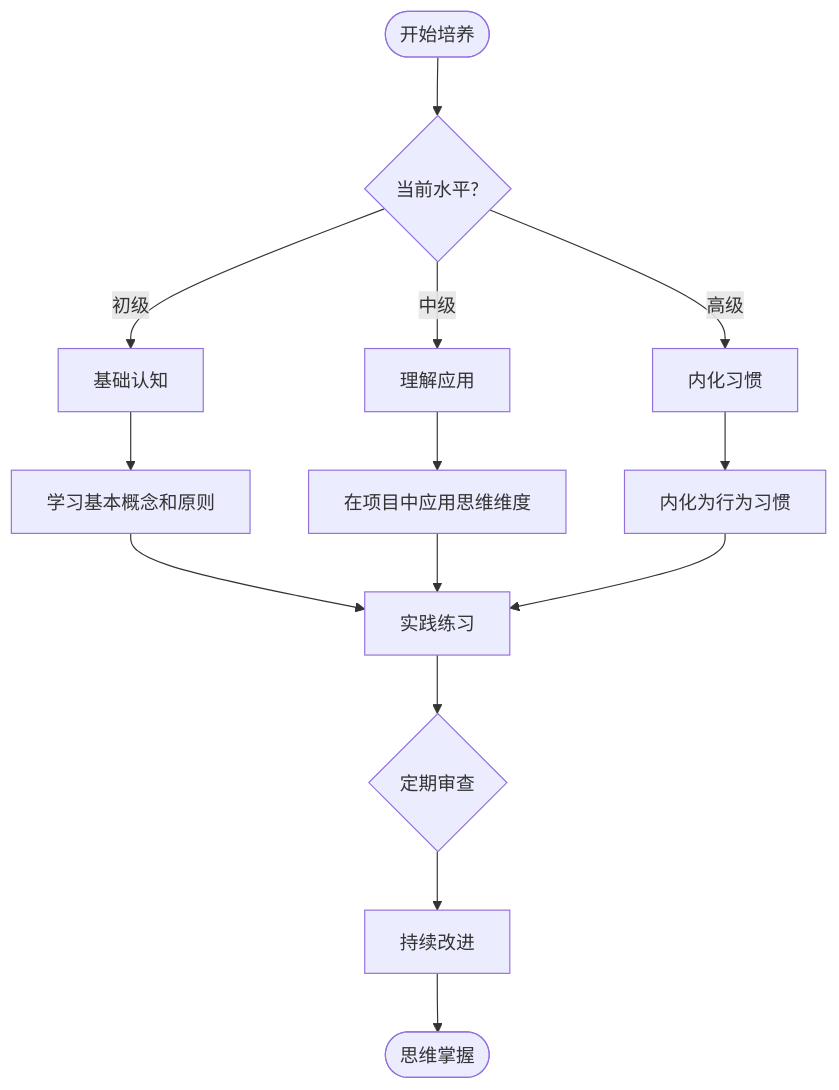
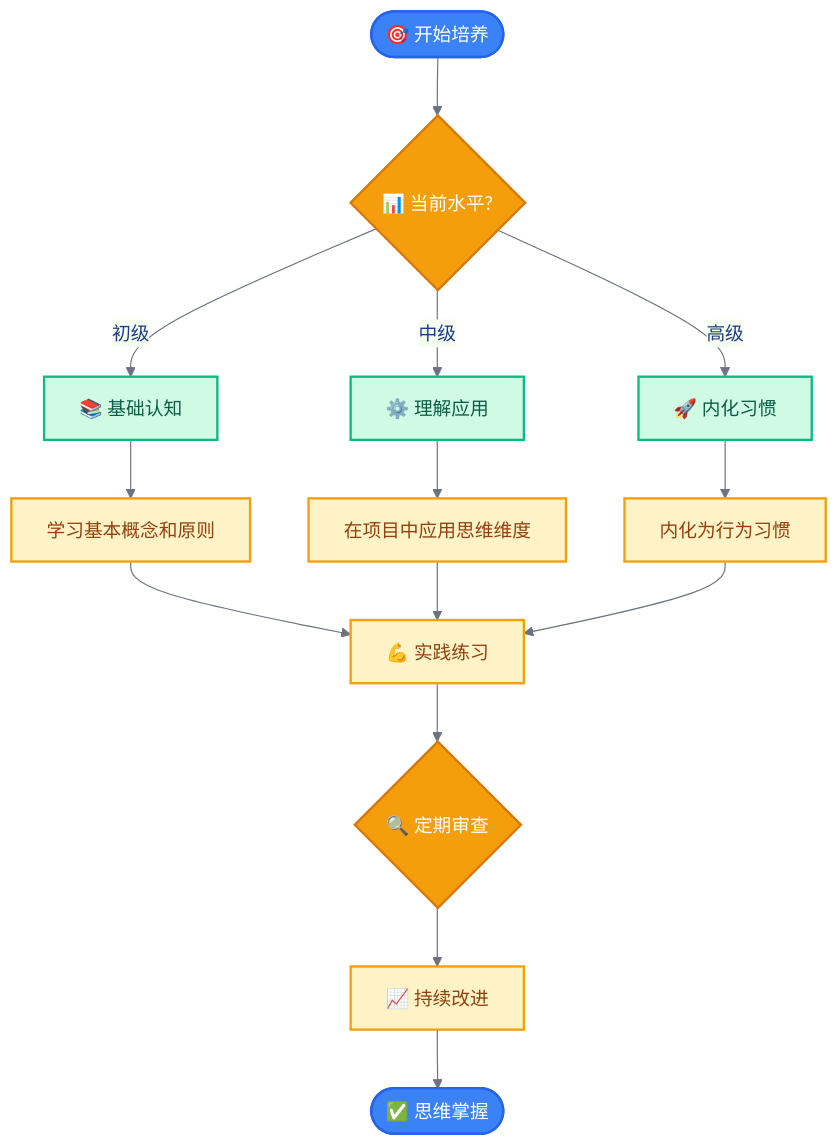
Before and after one commit to hata33/ruoyi-fastapi-full-stack: the fourth of 5 diagrams in ruoyi-fastapi-backend/docs/learning/06-后端知识地图/03-思维培养体系.md, drawn with Mermaid. The commit also changed other lines of this file and 9 other files, not shown here.

````diff
--- a/ruoyi-fastapi-backend/docs/learning/06-后端知识地图/03-思维培养体系.md
+++ b/ruoyi-fastapi-backend/docs/learning/06-后端知识地图/03-思维培养体系.md
@@ -178,16 +210,32 @@
 ```mermaid
+%%{init: {'theme': 'base', 'themeVariables': {
+  'primaryColor': '#EFF6FF',
+  'primaryTextColor': '#1e3a8a',
+  'primaryBorderColor': '#3B82F6',
+  'lineColor': '#6B7280'
+}}}%%
 flowchart TB
-    Start([开始培养]) --> Stage1{当前水平?}
-    Stage1 -->|初级| Level1[基础认知]
-    Stage1 -->|中级| Level2[理解应用]
-    Stage1 -->|高级| Level3[内化习惯]
+    Start([🎯 开始培养]) --> Stage1{📊 当前水平?}
+    Stage1 -->|初级| Level1[📚 基础认知]
+    Stage1 -->|中级| Level2[⚙️ 理解应用]
+    Stage1 -->|高级| Level3[🚀 内化习惯]
     Level1 --> L1[学习基本概念和原则]
     Level2 --> L2[在项目中应用思维维度]
     Level3 --> L3[内化为行为习惯]
-    L1 --> Practice[实践练习]
+    L1 --> Practice[💪 实践练习]
     L2 --> Practice
     L3 --> Practice
-    Practice --> Review{定期审查}
-    Review --> Improve[持续改进]
-    Improve --> Mastery([思维掌握])
+    Practice --> Review{🔍 定期审查}
+    Review --> Improve[📈 持续改进]
+    Improve --> Mastery([✅ 思维掌握])
+
+    classDef startEnd fill:#3B82F6,stroke:#2563EB,color:#fff,stroke-width:2px
+    classDef decision fill:#F59E0B,stroke:#D97706,color:#fff,stroke-width:2px
+    classDef level fill:#D1FAE5,stroke:#10B981,stroke-width:2px,color:#065f46
+    classDef action fill:#FEF3C7,stroke:#F59E0B,stroke-width:2px,color:#92400e
+
+    class Start,Mastery startEnd
+    class Stage1,Review decision
+    class Level1,Level2,Level3 level
+    class L1,L2,L3,Practice,Improve action
 ```
````
